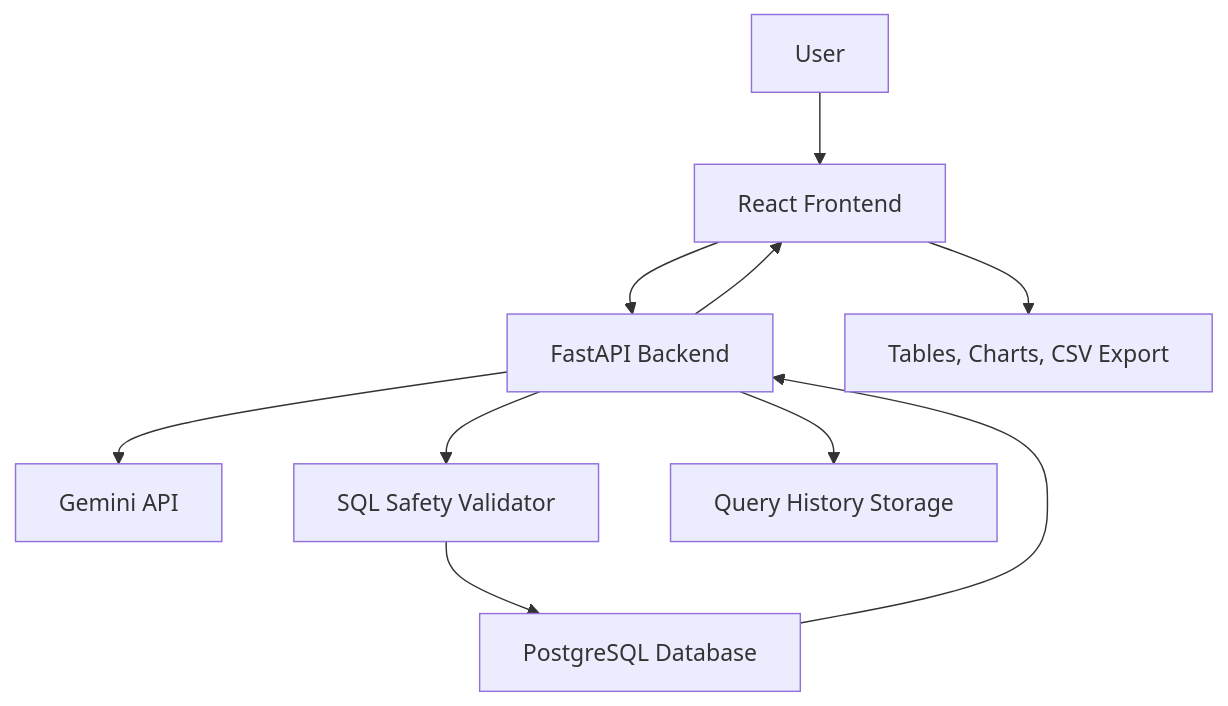
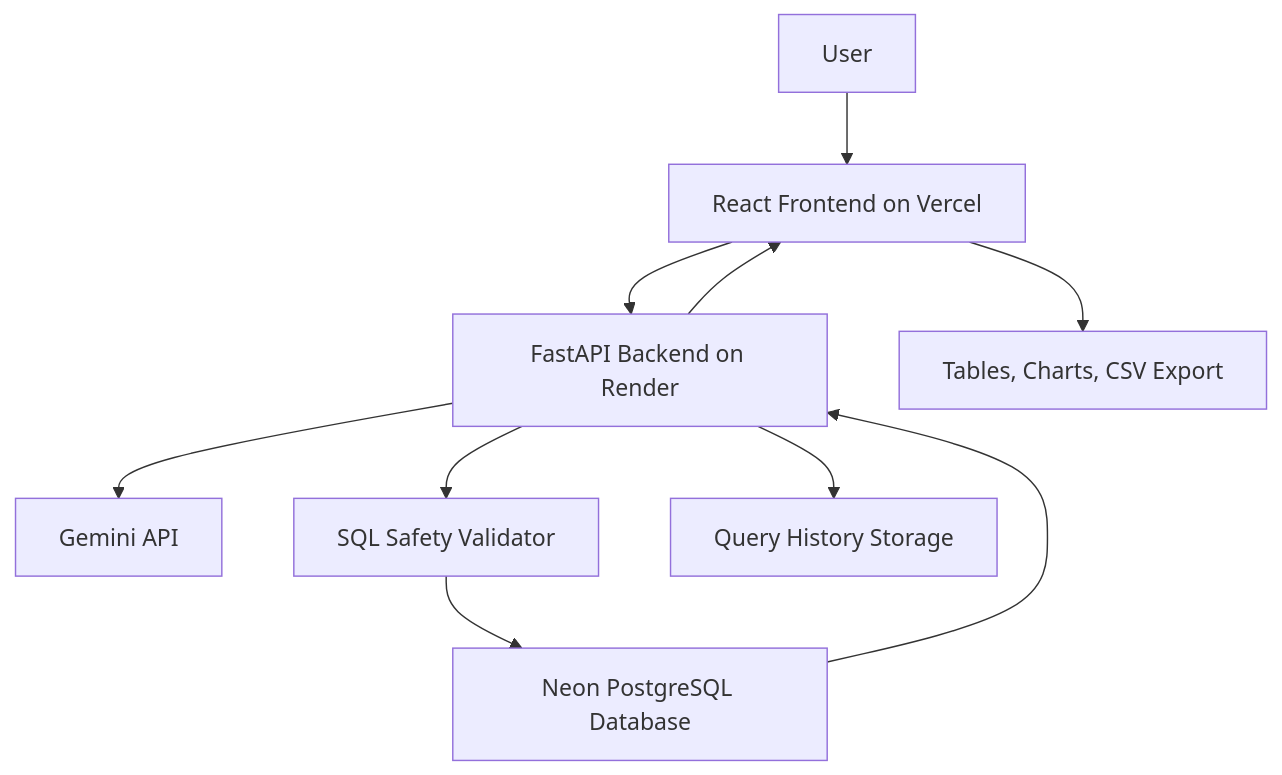
One commit to Saiprasad48/querymind-ai changed the diagram in README.md. Above: the diagram before and after it, drawn with Mermaid. The commit also changed other lines of this file, not shown here.

````diff
--- a/README.md
+++ b/README.md
@@ -60,12 +81,12 @@
 ```mermaid
 flowchart TD
-    A[User] --> B[React Frontend]
-    B --> C[FastAPI Backend]
+    A[User] --> B[React Frontend on Vercel]
+    B --> C[FastAPI Backend on Render]
     C --> D[Gemini API]
     C --> E[SQL Safety Validator]
-    E --> F[PostgreSQL Database]
+    E --> F[Neon PostgreSQL Database]
     F --> C
     C --> G[Query History Storage]
     C --> B
     B --> H[Tables, Charts, CSV Export]
 ```
````
